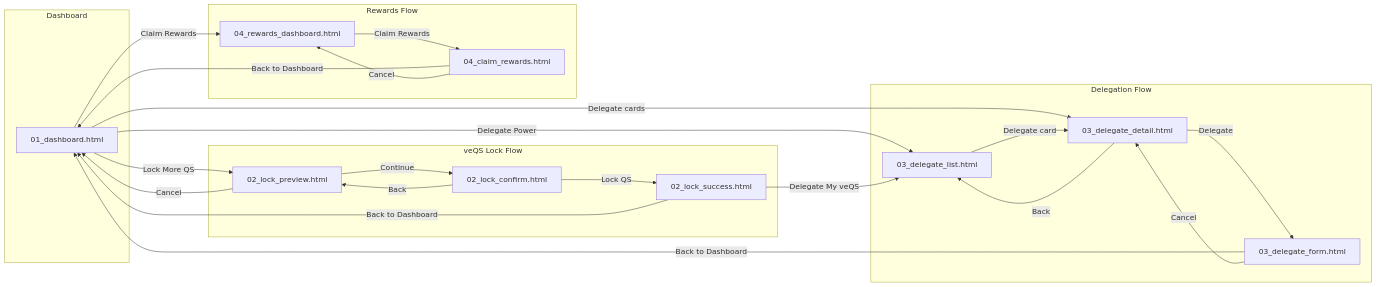
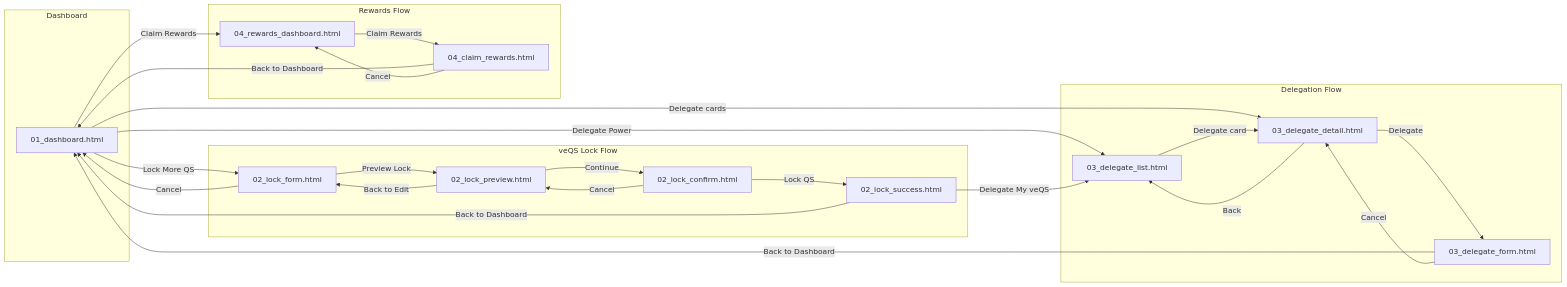
The diagram in docs_new/01_phase/04_phase4/01_design/system_02_token_hub/DESIGN_MANIFEST.md (kota1026/quantum-shield), drawn with Mermaid before and after one commit. The commit also changed other lines of this file, not shown here.

Commit message:
fix(token_hub): [PIR指摘#6] DESIGN_MANIFEST更新 - 02_lock_form追加、PIR Fix Status追加

````diff
--- a/docs_new/01_phase/04_phase4/01_design/system_02_token_hub/DESIGN_MANIFEST.md
+++ b/docs_new/01_phase/04_phase4/01_design/system_02_token_hub/DESIGN_MANIFEST.md
@@ -69,51 +72,54 @@
 ```mermaid
 flowchart LR
     subgraph Dashboard
         01[01_dashboard.html]
     end
     
     subgraph LockFlow["veQS Lock Flow"]
-        02a[02_lock_preview.html]
-        02b[02_lock_confirm.html]
-        02c[02_lock_success.html]
+        02a[02_lock_form.html]
+        02b[02_lock_preview.html]
+        02c[02_lock_confirm.html]
+        02d[02_lock_success.html]
     end
     
     subgraph DelegateFlow["Delegation Flow"]
         03a[03_delegate_list.html]
         03b[03_delegate_detail.html]
         03c[03_delegate_form.html]
     end
     
     subgraph RewardsFlow["Rewards Flow"]
         04a[04_rewards_dashboard.html]
         04b[04_claim_rewards.html]
     end
     
     %% Dashboard → Flows
     01 -->|"Lock More QS"| 02a
     01 -->|"Delegate Power"| 03a
     01 -->|"Claim Rewards"| 04a
     01 -->|"Delegate cards"| 03b
     
     %% Lock Flow
-    02a -->|"Continue"| 02b
-    02b -->|"Lock QS"| 02c
-    02c -->|"Back to Dashboard"| 01
-    02c -->|"Delegate My veQS"| 03a
+    02a -->|"Preview Lock"| 02b
+    02b -->|"Continue"| 02c
+    02b -->|"Back to Edit"| 02a
+    02c -->|"Lock QS"| 02d
+    02c -->|"Cancel"| 02b
+    02d -->|"Back to Dashboard"| 01
+    02d -->|"Delegate My veQS"| 03a
     
     %% Delegation Flow
     03a -->|"Delegate card"| 03b
     03b -->|"Delegate"| 03c
     03c -->|"Back to Dashboard"| 01
     
     %% Rewards Flow
     04a -->|"Claim Rewards"| 04b
     04b -->|"Back to Dashboard"| 01
     
-    %% Cancel paths
+    %% Cancel/Back paths
     02a -->|"Cancel"| 01
-    02b -->|"Back"| 02a
     03b -->|"Back"| 03a
     03c -->|"Cancel"| 03b
     04b -->|"Cancel"| 04a
 ```
````
